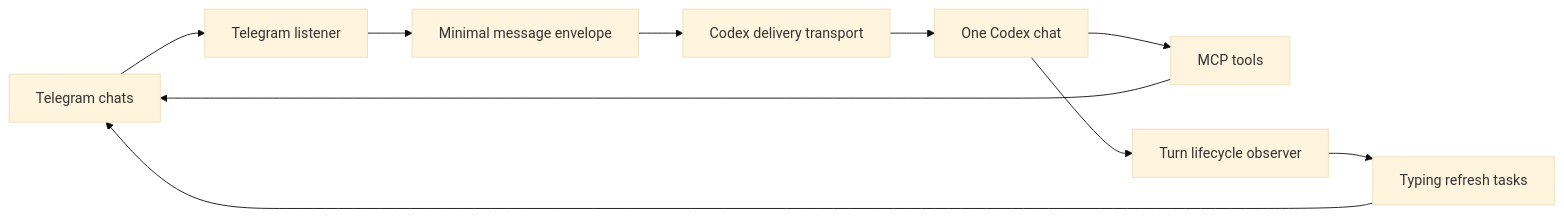
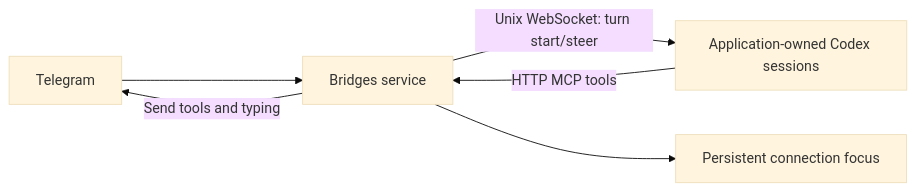
Before and after one commit to Mogby/bridges-mcp: the diagram in DESIGN.md, drawn with Mermaid (base theme). The commit also changed other lines of this file and 23 other files, not shown here.

Commit message:
Separate HTTP bridge service from application session ownership

````diff
--- a/DESIGN.md
+++ b/DESIGN.md
@@ -39,12 +11,8 @@
 ```mermaid
 flowchart LR
-    TG[Telegram chats] --> L[Telegram listener]
-    L --> E[Minimal message envelope]
-    E --> D[Codex delivery transport]
-    D --> C[One Codex chat]
-    C --> M[MCP tools]
-    M --> TG
-    C --> T[Turn lifecycle observer]
-    T --> Y[Typing refresh tasks]
-    Y --> TG
+    TG[Telegram] --> B[Bridges service]
+    A[Application-owned Codex sessions] -->|HTTP MCP tools| B
+    B -->|Unix WebSocket: turn start/steer| A
+    B --> F[Persistent connection focus]
+    B -->|Send tools and typing| TG
 ```
````
